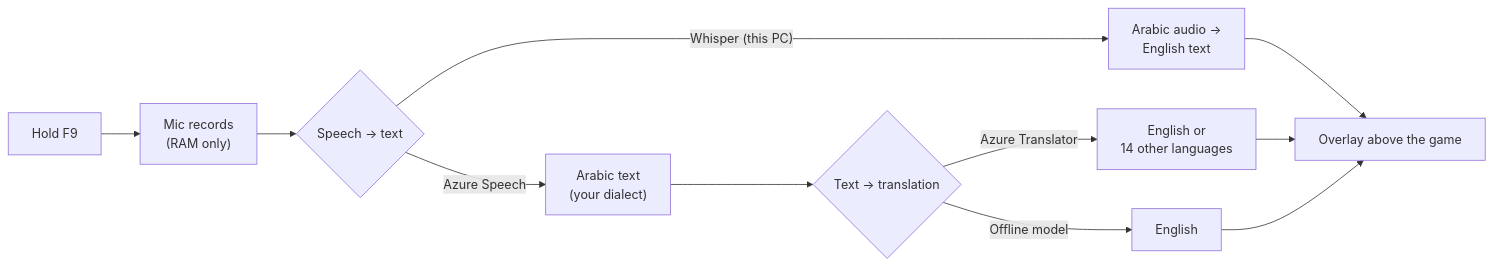
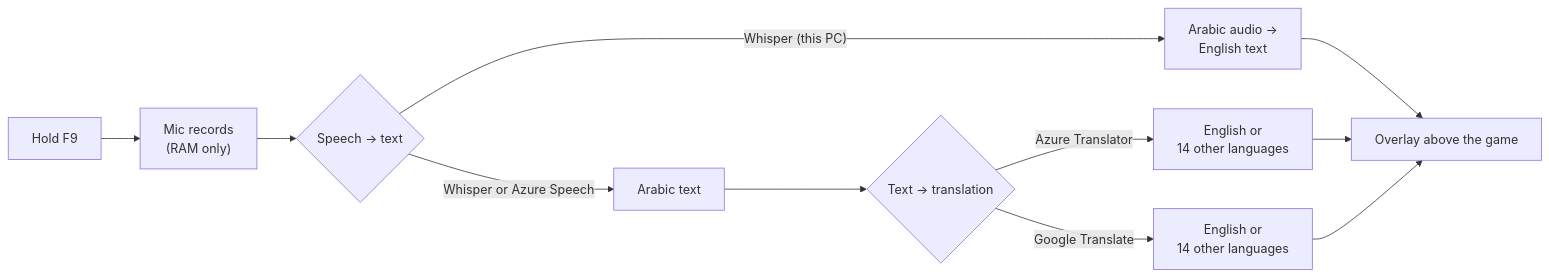
One commit to Cavebest/GameTalk changed the first of 2 diagrams in README.md. Above: the diagram before and after it, drawn with Mermaid. The commit also changed other lines of this file and 48 other files, not shown here.

````diff
--- a/README.md
+++ b/README.md
@@ -118,13 +121,13 @@
 ```mermaid
 flowchart LR
     K["Hold F9"] --> M["Mic records<br/>(RAM only)"]
     M --> S{"Speech → text"}
     S -->|"Whisper (this PC)"| W["Arabic audio →<br/>English text"]
-    S -->|"Azure Speech"| AS["Arabic text<br/>(your dialect)"]
+    S -->|"Whisper or Azure Speech"| AS["Arabic text"]
     AS --> T{"Text → translation"}
     T -->|"Azure Translator"| AT["English or<br/>14 other languages"]
-    T -->|"Offline model"| OM["English"]
+    T -->|"Google Translate"| GT["English or<br/>14 other languages"]
     W --> O["Overlay above the game"]
     AT --> O
-    OM --> O
+    GT --> O
 ```
````
